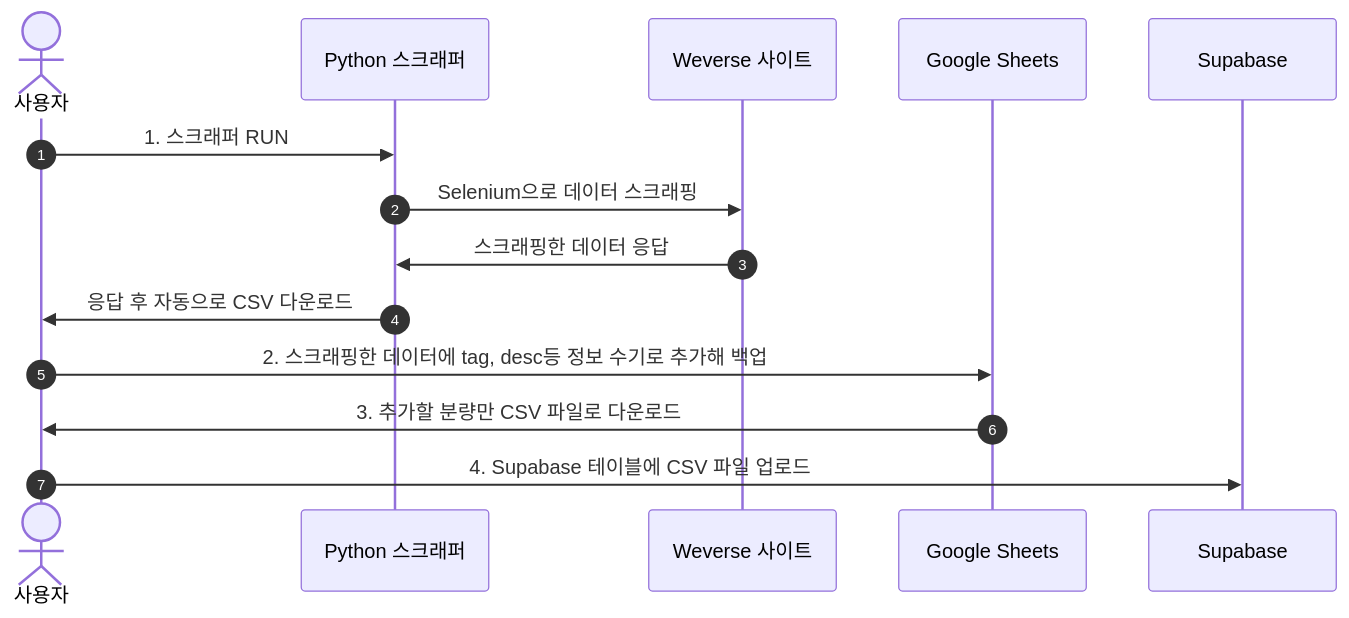
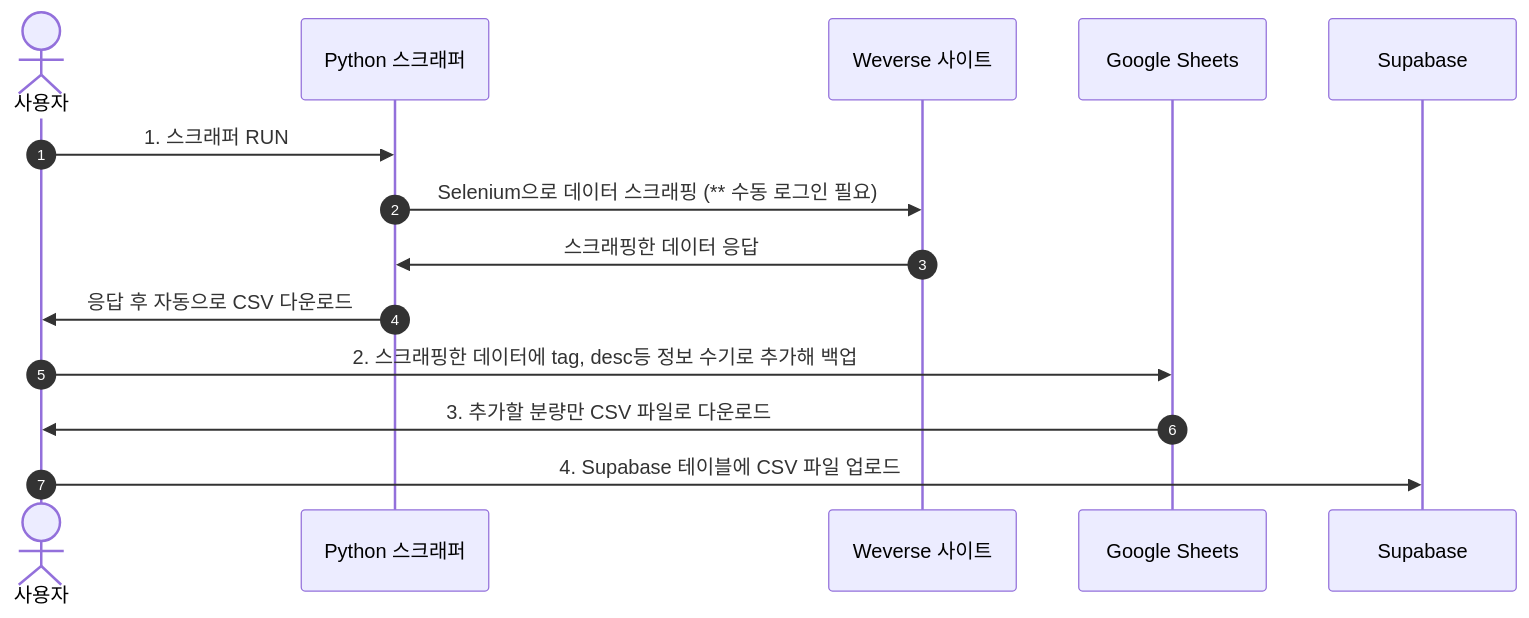
One commit to escape1001/python_toy changed the second of 2 diagrams in weverse_scraper/README.md. Above: the diagram before and after it, drawn with Mermaid. The commit also changed other lines of this file, not shown here.

````diff
--- a/weverse_scraper/README.md
+++ b/weverse_scraper/README.md
@@ -51,21 +51,21 @@
 ```mermaid
 sequenceDiagram
   autonumber
 
   actor User as 사용자
   participant Scraper as Python 스크래퍼
   participant Weverse as Weverse 사이트
   participant GoogleSheets as Google Sheets
   participant SupabaseUploader as Supabase
 
   User->>Scraper: 1. 스크래퍼 RUN
-  Scraper->>Weverse: Selenium으로 데이터 스크래핑
+  Scraper->>Weverse: Selenium으로 데이터 스크래핑 (** 수동 로그인 필요)
   Weverse->>Scraper: 스크래핑한 데이터 응답
   Scraper->>User: 응답 후 자동으로 CSV 다운로드
 
   User->>GoogleSheets: 2. 스크래핑한 데이터에 tag, desc등 정보 수기로 추가해 백업
   GoogleSheets->>User: 3. 추가할 분량만 CSV 파일로 다운로드
 
   User->>SupabaseUploader: 4. Supabase 테이블에 CSV 파일 업로드
 
 ```
````
